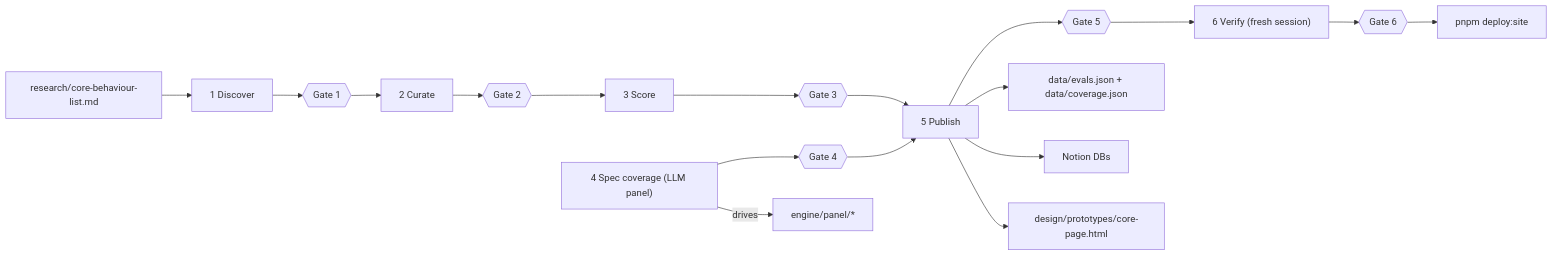
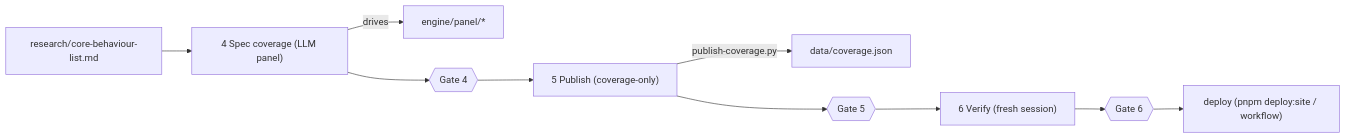
One commit to AndresCotton/ai-character-index changed the diagram in .claude/skills/OVERVIEW.md. Above: the diagram before and after it, drawn with Mermaid. The commit also changed other lines of this file and 6 other files, not shown here.

````diff
--- a/.claude/skills/OVERVIEW.md
+++ b/.claude/skills/OVERVIEW.md
@@ -32,10 +28,8 @@
 ```mermaid
 graph LR
-  core["research/core-behaviour-list.md"] --> s1["1 Discover"] --> g1{{Gate 1}} --> s2["2 Curate"] --> g2{{Gate 2}} --> s3["3 Score"] --> g3{{Gate 3}} --> s5["5 Publish"]
-  s4["4 Spec coverage (LLM panel)"] --> g4{{Gate 4}} --> s5
+  core["research/core-behaviour-list.md"] --> s4["4 Spec coverage (LLM panel)"]
   s4 -->|drives| panel["engine/panel/*"]
-  s5 --> g5{{Gate 5}} --> s6["6 Verify (fresh session)"] --> g6{{Gate 6}} --> deploy["pnpm deploy:site"]
-  s5 --> data["data/evals.json + data/coverage.json"]
-  s5 --> notion["Notion DBs"]
-  s5 --> proto["design/prototypes/core-page.html"]
+  s4 --> g4{{Gate 4}} --> s5["5 Publish (coverage-only)"]
+  s5 -->|publish-coverage.py| data["data/coverage.json"]
+  s5 --> g5{{Gate 5}} --> s6["6 Verify (fresh session)"] --> g6{{Gate 6}} --> deploy["deploy (pnpm deploy:site / workflow)"]
 ```
````
